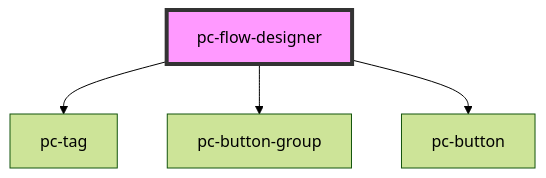
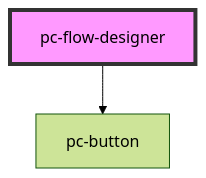
Before and after one commit to redvars/peacock: the diagram in src/components/application/flow-designer/flow-designer/readme.md, drawn with Mermaid (forest theme). The commit also changed other lines of this file and 112 other files, not shown here.

````diff
--- a/src/components/application/flow-designer/flow-designer/readme.md
+++ b/src/components/application/flow-designer/flow-designer/readme.md
@@ -26,7 +24,5 @@
 ```mermaid
 graph TD;
-  pc-flow-designer --> pc-tag
-  pc-flow-designer --> pc-button-group
   pc-flow-designer --> pc-button
   style pc-flow-designer fill:#f9f,stroke:#333,stroke-width:4px
 ```
````
